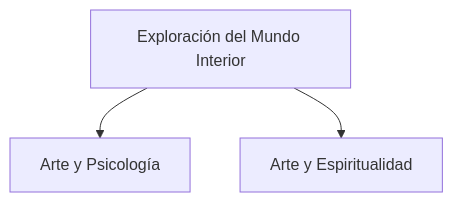
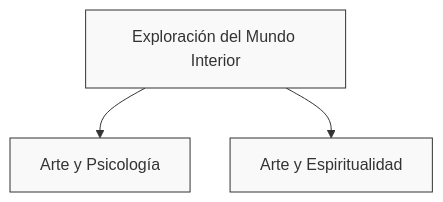
One commit to EGGS-Artesvisuales/EGGS-Artesvisuales.github.io changed the third of 3 diagrams in diagrama.md. Above: the diagram before and after it, drawn with Mermaid.

```diff
--- a/diagrama.md
+++ b/diagrama.md
@@ -105,8 +105,9 @@
     <div class="mermaid">
-        graph TD
-        C[Exploración del Mundo Interior] --> C1[Arte y Psicología]
-        C --> C2[Arte y Espiritualidad]
-        click C "/interior.html" "Ir a Exploración del Mundo Interior"
-        click C1 "/arte-y-psicologia.html" "Ir a Arte y Psicología"
-        click C2 "/arte-y-espiritualidad.html" "Ir a Arte y Espiritualidad"
+        %%{init: {'flowchart': {'nodeSpacing': 40, 'rankSpacing': 50}} }%%
+graph TB
+    C[Exploración del Mundo Interior]
+    C --> C1[Arte y Psicología]
+    C --> C2[Arte y Espiritualidad]
+    
+    classDef default fill:#f9f9f9,stroke:#333,stroke-width:1px
     </div>
```
